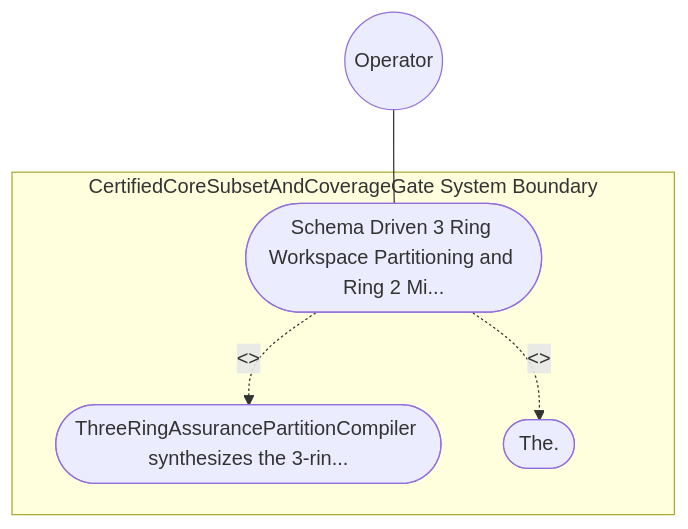
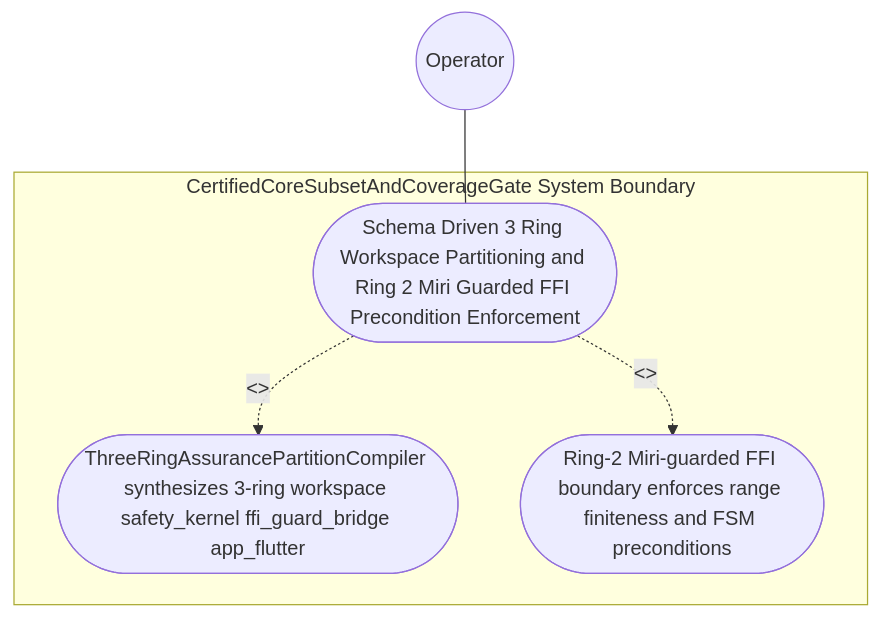
One commit to gintatkinson/DEAP01-spec-core changed the diagram in .pipeline/upstream/docs/use-cases/UC-63-Schema_Driven_3_Ring_Workspace_Partitioning_and_Ring_2_Miri_Guarded_FFI_Precondition_Enforcement.md. Above: the diagram before and after it, drawn with Mermaid. The commit also changed other lines of this file and 225 other files, not shown here.

````diff
--- a/.pipeline/upstream/docs/use-cases/UC-63-Schema_Driven_3_Ring_Workspace_Partitioning_and_Ring_2_Miri_Guarded_FFI_Precondition_Enforcement.md
+++ b/.pipeline/upstream/docs/use-cases/UC-63-Schema_Driven_3_Ring_Workspace_Partitioning_and_Ring_2_Miri_Guarded_FFI_Precondition_Enforcement.md
@@ -16,11 +16,11 @@
 ```mermaid
 graph TD
     subgraph "CertifiedCoreSubsetAndCoverageGate System Boundary"
-        UC_Main(["Schema Driven 3 Ring Workspace Partitioning and Ring 2 Mi..."])
-        UC_Step01(["ThreeRingAssurancePartitionCompiler synthesizes the 3-rin..."])
-        UC_Step02(["The."])
+        UC_Main(["Schema Driven 3 Ring Workspace Partitioning and Ring 2 Miri Guarded FFI Precondition Enforcement"])
+        UC_Step01(["ThreeRingAssurancePartitionCompiler synthesizes 3-ring workspace safety_kernel ffi_guard_bridge app_flutter"])
+        UC_Step02(["Ring-2 Miri-guarded FFI boundary enforces range finiteness and FSM preconditions"])
     end
     Operator(("Operator")) --- UC_Main
     UC_Main -. "<<include>>" .-> UC_Step01
     UC_Main -. "<<include>>" .-> UC_Step02
 ```
````
